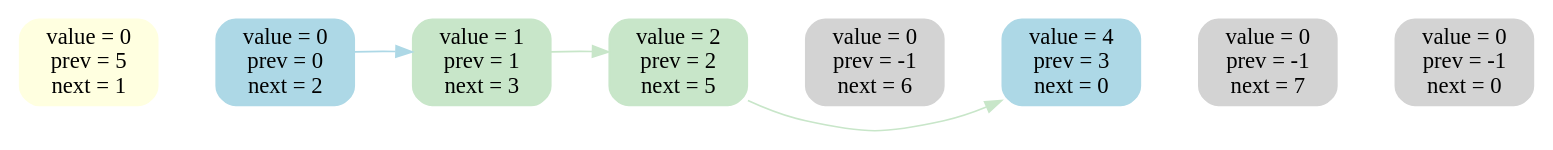
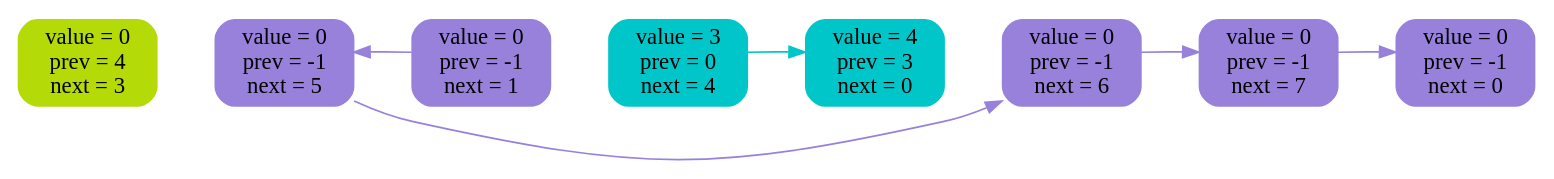
One commit to 2210223t-lang/2-linked-list changed the diagram in list_log/img/7.dot. Above: the diagram before and after it, drawn with Graphviz. The commit also changed 29 other files, not shown here.

```diff
--- a/list_log/img/7.dot
+++ b/list_log/img/7.dot
@@ -1,21 +1,23 @@
 digraph {
 rankdir = LR
-n0 [ label = "value = 0\nprev = 5\nnext = 1", shape = Mrecord, fontsize = 14,style = filled, color = lightyellow ]
-n1 [ label = "value = 0\nprev = 0\nnext = 2", shape = Mrecord, fontsize = 14,style = filled, color = lightblue ]
-n2 [ label = "value = 1\nprev = 1\nnext = 3", shape = Mrecord, fontsize = 14,style = filled, color = "#C8E6C9" ]
-n3 [ label = "value = 2\nprev = 2\nnext = 5", shape = Mrecord, fontsize = 14,style = filled, color = "#C8E6C9" ]
-n4 [ label = "value = 0\nprev = -1\nnext = 6", shape = Mrecord, fontsize = 14,style = filled, color = lightgray ]
-n5 [ label = "value = 4\nprev = 3\nnext = 0", shape = Mrecord, fontsize = 14,style = filled, color = lightblue ]
-n6 [ label = "value = 0\nprev = -1\nnext = 7", shape = Mrecord, fontsize = 14,style = filled, color = lightgray ]
-n7 [ label = "value = 0\nprev = -1\nnext = 0", shape = Mrecord, fontsize = 14,style = filled, color = lightgray ]
+n0 [ label = "value = 0\nprev = 4\nnext = 3", shape = Mrecord, fontsize = 14,style = filled, color = "#b4da08" ]
+n1 [ label = "value = 0\nprev = -1\nnext = 5", shape = Mrecord, fontsize = 14,style = filled, color = "#9781db" ]
+n2 [ label = "value = 0\nprev = -1\nnext = 1", shape = Mrecord, fontsize = 14,style = filled, color = "#9781db" ]
+n3 [ label = "value = 3\nprev = 0\nnext = 4", shape = Mrecord, fontsize = 14,style = filled, color = "#00c6c9" ]
+n4 [ label = "value = 4\nprev = 3\nnext = 0", shape = Mrecord, fontsize = 14,style = filled, color = "#00c6c9" ]
+n5 [ label = "value = 0\nprev = -1\nnext = 6", shape = Mrecord, fontsize = 14,style = filled, color = "#9781db" ]
+n6 [ label = "value = 0\nprev = -1\nnext = 7", shape = Mrecord, fontsize = 14,style = filled, color = "#9781db" ]
+n7 [ label = "value = 0\nprev = -1\nnext = 0", shape = Mrecord, fontsize = 14,style = filled, color = "#9781db" ]
 n0 -> n1 [ style = invis, weight = 100 ]
 n1 -> n2 [ style = invis, weight = 100 ]
 n2 -> n3 [ style = invis, weight = 100 ]
 n3 -> n4 [ style = invis, weight = 100 ]
 n4 -> n5 [ style = invis, weight = 100 ]
 n5 -> n6 [ style = invis, weight = 100 ]
 n6 -> n7 [ style = invis, weight = 100 ]
-n1 -> n2 [style = filled, color = lightblue ]
-n2 -> n3 [style = filled, color = "#C8E6C9" ]
-n3 -> n5 [style = filled, color = "#C8E6C9" ]
+n1 -> n5 [style = filled, color = "#9781db" ]
+n2 -> n1 [style = filled, color = "#9781db" ]
+n3 -> n4 [style = filled, color = "#00c6c9" ]
+n5 -> n6 [style = filled, color = "#9781db" ]
+n6 -> n7 [style = filled, color = "#9781db" ]
 }
```
